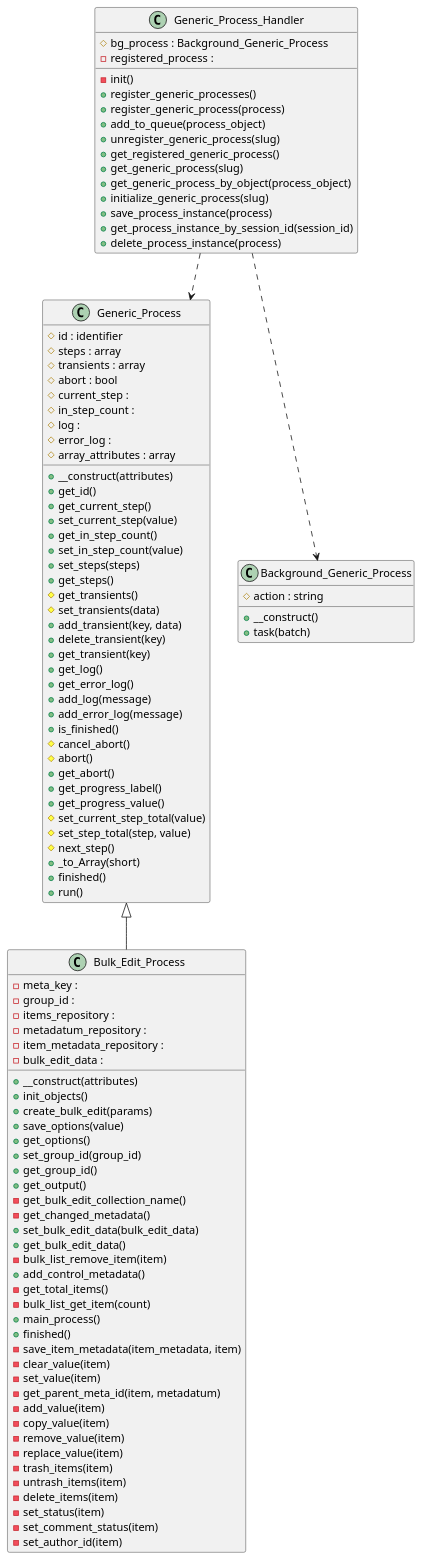
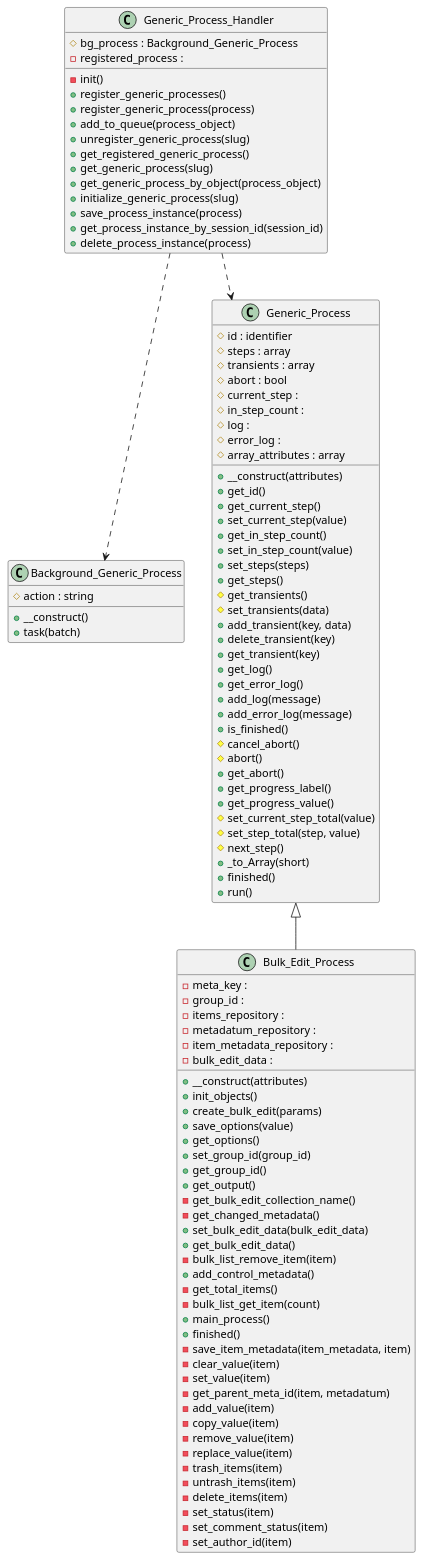
Before and after one commit to tainacan/tainacan: the diagram in docs/diagrams/tainacan-namespace-Tainacan-GenericProcess.puml, drawn with PlantUML. The commit also changed other lines of this file and 69 other files, not shown here.

```diff
--- a/docs/diagrams/tainacan-namespace-Tainacan-GenericProcess.puml
+++ b/docs/diagrams/tainacan-namespace-Tainacan-GenericProcess.puml
@@ -1,106 +1,106 @@
 @startuml class-diagram
   class "Generic_Process_Handler" as Generic_Process_Handler {
     #bg_process : Background_Generic_Process
     -registered_process : 
     -init()
     +register_generic_processes()
     +register_generic_process(process)
     +add_to_queue(process_object)
     +unregister_generic_process(slug)
     +get_registered_generic_process()
     +get_generic_process(slug)
     +get_generic_process_by_object(process_object)
     +initialize_generic_process(slug)
     +save_process_instance(process)
     +get_process_instance_by_session_id(session_id)
     +delete_process_instance(process)
-  }
-  class "Generic_Process" as Generic_Process {
-    #id : identifier
-    #steps : array
-    #transients : array
-    #abort : bool
-    #current_step : 
-    #in_step_count : 
-    #log : 
-    #error_log : 
-    #array_attributes : array
-    +__construct(attributes)
-    +get_id()
-    +get_current_step()
-    +set_current_step(value)
-    +get_in_step_count()
-    +set_in_step_count(value)
-    +set_steps(steps)
-    +get_steps()
-    #get_transients()
-    #set_transients(data)
-    +add_transient(key, data)
-    +delete_transient(key)
-    +get_transient(key)
-    +get_log()
-    +get_error_log()
-    +add_log(message)
-    +add_error_log(message)
-    +is_finished()
-    #cancel_abort()
-    #abort()
-    +get_abort()
-    +get_progress_label()
-    +get_progress_value()
-    #set_current_step_total(value)
-    #set_step_total(step, value)
-    #next_step()
-    +_to_Array(short)
-    +finished()
-    +run()
   }
   class "Bulk_Edit_Process" as Bulk_Edit_Process {
     -meta_key : 
     -group_id : 
     -items_repository : 
     -metadatum_repository : 
     -item_metadata_repository : 
     -bulk_edit_data : 
     +__construct(attributes)
     +init_objects()
     +create_bulk_edit(params)
     +save_options(value)
     +get_options()
     +set_group_id(group_id)
     +get_group_id()
     +get_output()
     -get_bulk_edit_collection_name()
     -get_changed_metadata()
     +set_bulk_edit_data(bulk_edit_data)
     +get_bulk_edit_data()
     -bulk_list_remove_item(item)
     +add_control_metadata()
     -get_total_items()
     -bulk_list_get_item(count)
     +main_process()
     +finished()
     -save_item_metadata(item_metadata, item)
     -clear_value(item)
     -set_value(item)
     -get_parent_meta_id(item, metadatum)
     -add_value(item)
     -copy_value(item)
     -remove_value(item)
     -replace_value(item)
     -trash_items(item)
     -untrash_items(item)
     -delete_items(item)
     -set_status(item)
     -set_comment_status(item)
     -set_author_id(item)
   }
   class "Background_Generic_Process" as Background_Generic_Process {
     #action : string
     +__construct()
     +task(batch)
   }
+  class "Generic_Process" as Generic_Process {
+    #id : identifier
+    #steps : array
+    #transients : array
+    #abort : bool
+    #current_step : 
+    #in_step_count : 
+    #log : 
+    #error_log : 
+    #array_attributes : array
+    +__construct(attributes)
+    +get_id()
+    +get_current_step()
+    +set_current_step(value)
+    +get_in_step_count()
+    +set_in_step_count(value)
+    +set_steps(steps)
+    +get_steps()
+    #get_transients()
+    #set_transients(data)
+    +add_transient(key, data)
+    +delete_transient(key)
+    +get_transient(key)
+    +get_log()
+    +get_error_log()
+    +add_log(message)
+    +add_error_log(message)
+    +is_finished()
+    #cancel_abort()
+    #abort()
+    +get_abort()
+    +get_progress_label()
+    +get_progress_value()
+    #set_current_step_total(value)
+    #set_step_total(step, value)
+    #next_step()
+    +_to_Array(short)
+    +finished()
+    +run()
+  }
   Generic_Process <|-- Bulk_Edit_Process
   Generic_Process_Handler ..> Background_Generic_Process
   Generic_Process_Handler ..> Generic_Process
 @enduml
```
